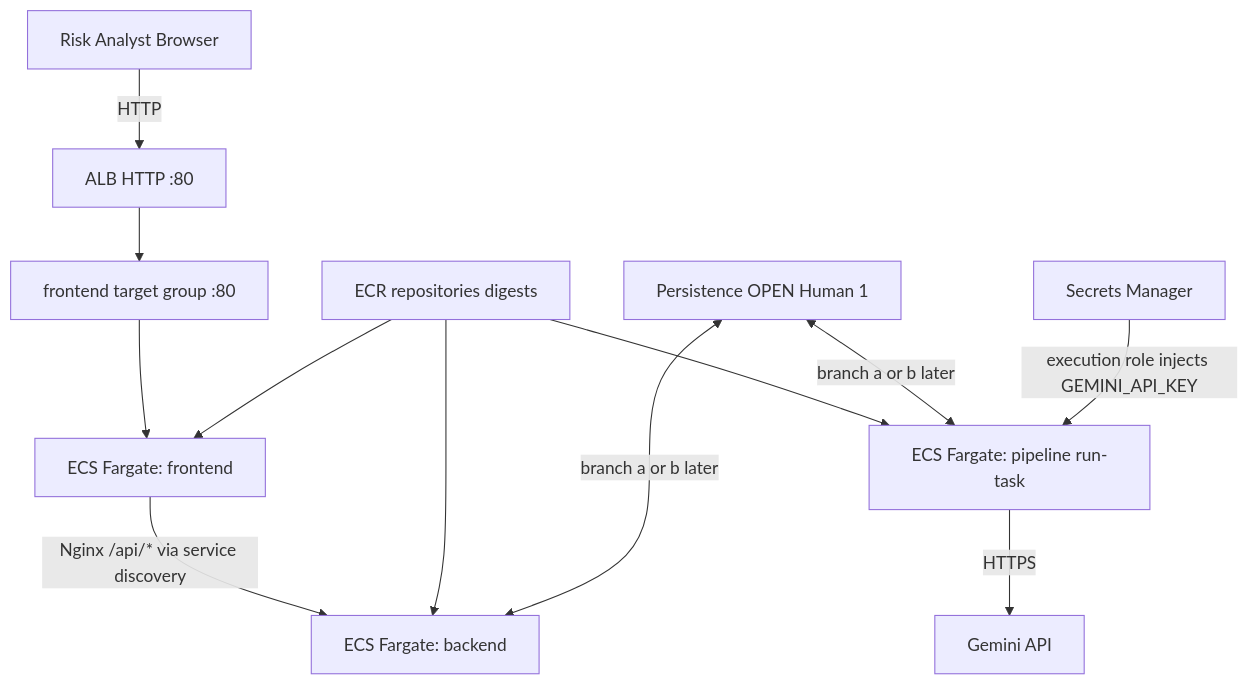
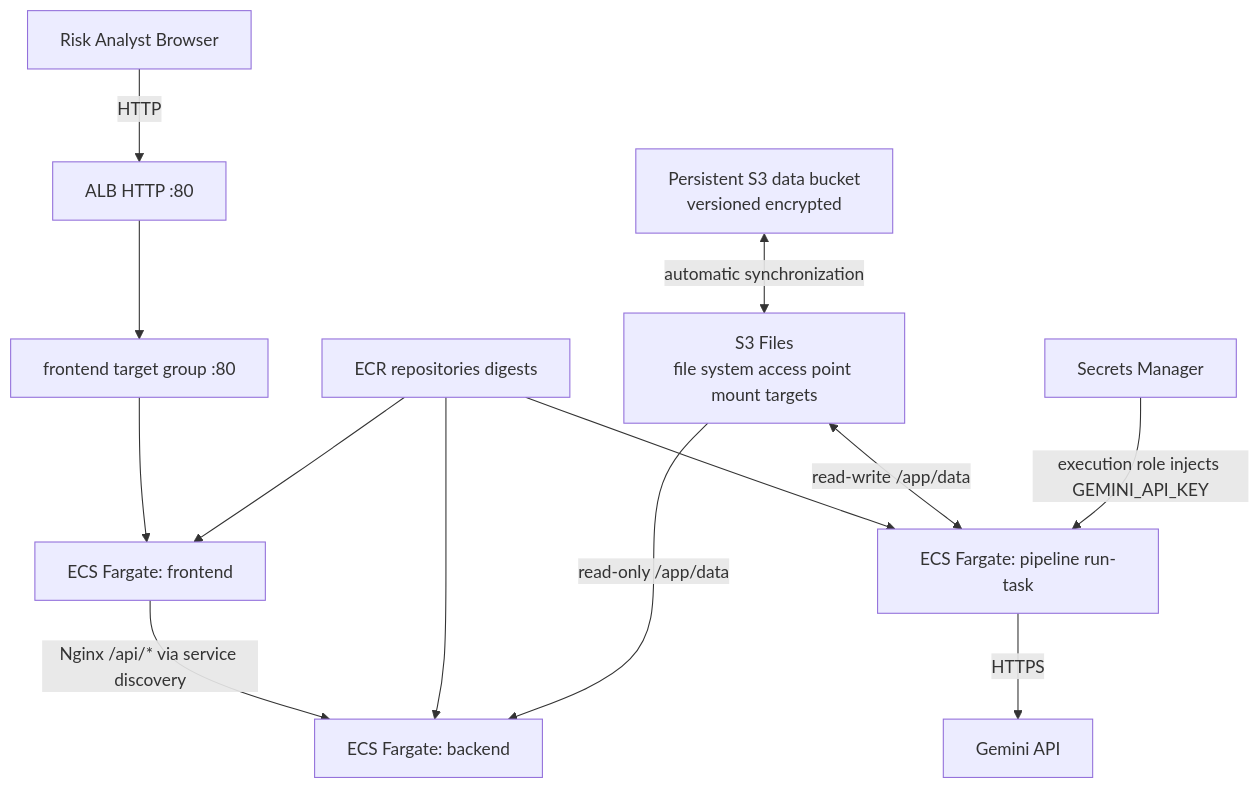
One commit to EnDisciple13/Covenant_Pipeline changed the diagram in docs/platform-engineering/blueprints/PE_RM_Phase2.md. Above: the diagram before and after it, drawn with Mermaid. The commit also changed other lines of this file and 2 other files, not shown here.

````diff
--- a/docs/platform-engineering/blueprints/PE_RM_Phase2.md
+++ b/docs/platform-engineering/blueprints/PE_RM_Phase2.md
@@ -286,24 +293,26 @@
 ```mermaid
 flowchart TB
   user["Risk Analyst Browser"]
   alb["ALB HTTP :80"]
   frontendTG["frontend target group :80"]
   frontendTask["ECS Fargate: frontend"]
   backendTask["ECS Fargate: backend"]
   pipelineTask["ECS Fargate: pipeline run-task"]
   ecr["ECR repositories digests"]
-  persist["Persistence OPEN Human 1"]
+  persist["S3 Files\nfile system access point mount targets"]
+  dataBucket["Persistent S3 data bucket\nversioned encrypted"]
   secrets["Secrets Manager"]
   gemini["Gemini API"]
 
   user -->|HTTP| alb
   alb --> frontendTG --> frontendTask
   frontendTask -->|"Nginx /api/* via service discovery"| backendTask
   ecr --> frontendTask
   ecr --> backendTask
   ecr --> pipelineTask
-  persist <-->|"branch a or b later"| backendTask
-  persist <-->|"branch a or b later"| pipelineTask
+  dataBucket <-->|"automatic synchronization"| persist
+  persist -->|"read-only /app/data"| backendTask
+  persist <-->|"read-write /app/data"| pipelineTask
   secrets -->|"execution role injects GEMINI_API_KEY"| pipelineTask
   pipelineTask -->|HTTPS| gemini
 ```
````
